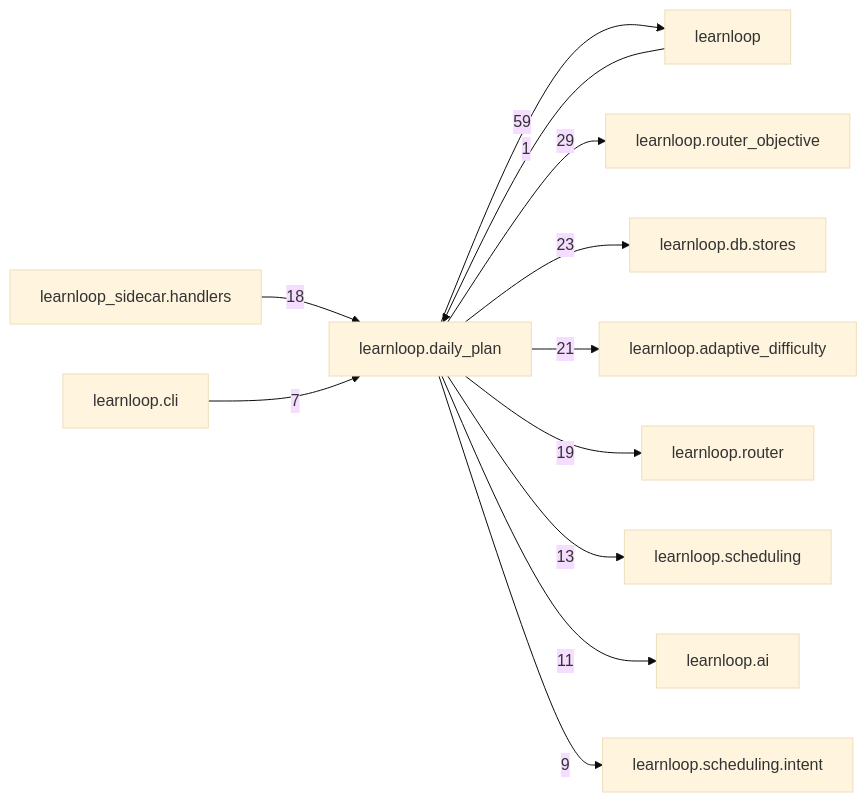
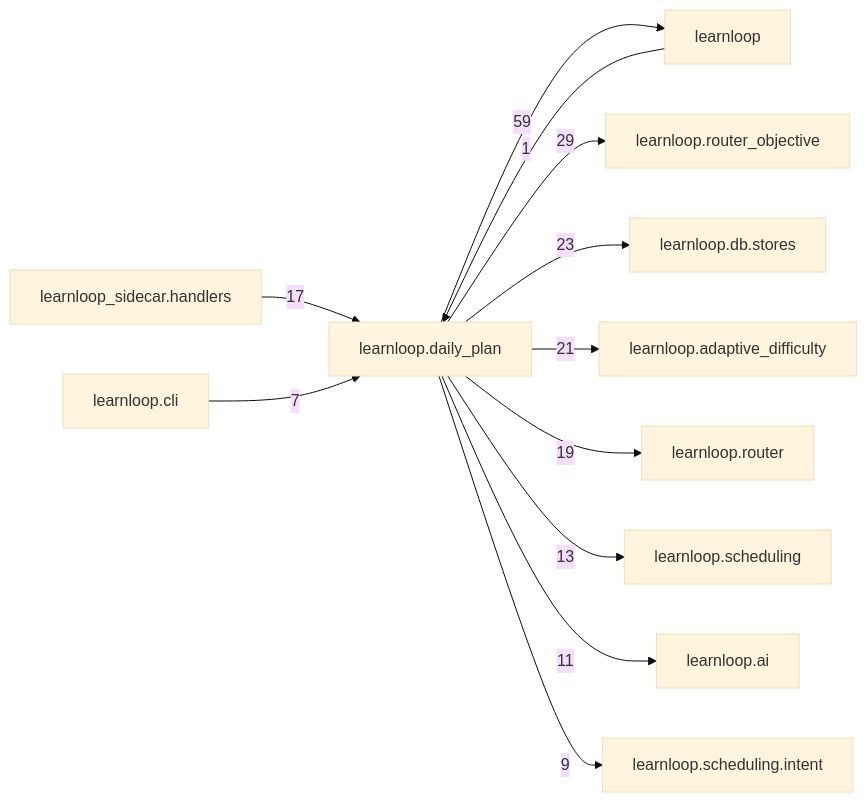
One commit to 6up-b/learnanything changed the diagram in docs/learnloop-architecture-vault/Reference/Modules/learnloop/daily_plan/_package.md. Above: the diagram before and after it, drawn with Mermaid (base theme). The commit also changed other lines of this file and 154 other files, not shown here.

````diff
--- a/docs/learnloop-architecture-vault/Reference/Modules/learnloop/daily_plan/_package.md
+++ b/docs/learnloop-architecture-vault/Reference/Modules/learnloop/daily_plan/_package.md
@@ -164,25 +164,25 @@
 ```mermaid
 flowchart LR
     center["learnloop.daily_plan"]
     n_learnloop["learnloop"]
     n_learnloop_router_objective["learnloop.router_objective"]
     n_learnloop_db_stores["learnloop.db.stores"]
     n_learnloop_adaptive_difficulty["learnloop.adaptive_difficulty"]
     n_learnloop_router["learnloop.router"]
     n_learnloop_sidecar_handlers["learnloop_sidecar.handlers"]
     n_learnloop_scheduling["learnloop.scheduling"]
     n_learnloop_ai["learnloop.ai"]
     n_learnloop_scheduling_intent["learnloop.scheduling.intent"]
     n_learnloop_cli["learnloop.cli"]
     n_learnloop -->|1| center
     center -->|59| n_learnloop
     center -->|29| n_learnloop_router_objective
     center -->|23| n_learnloop_db_stores
     center -->|21| n_learnloop_adaptive_difficulty
     center -->|19| n_learnloop_router
-    n_learnloop_sidecar_handlers -->|18| center
+    n_learnloop_sidecar_handlers -->|17| center
     center -->|13| n_learnloop_scheduling
     center -->|11| n_learnloop_ai
     center -->|9| n_learnloop_scheduling_intent
     n_learnloop_cli -->|7| center
 ```
````
